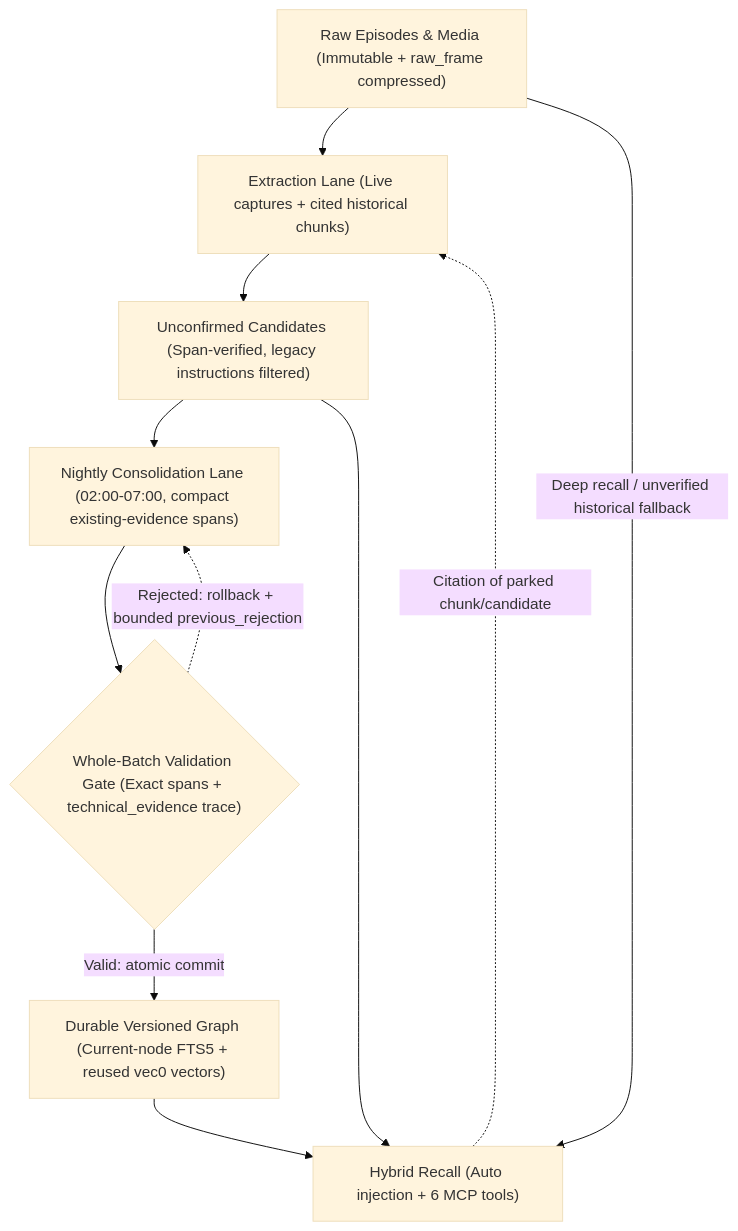
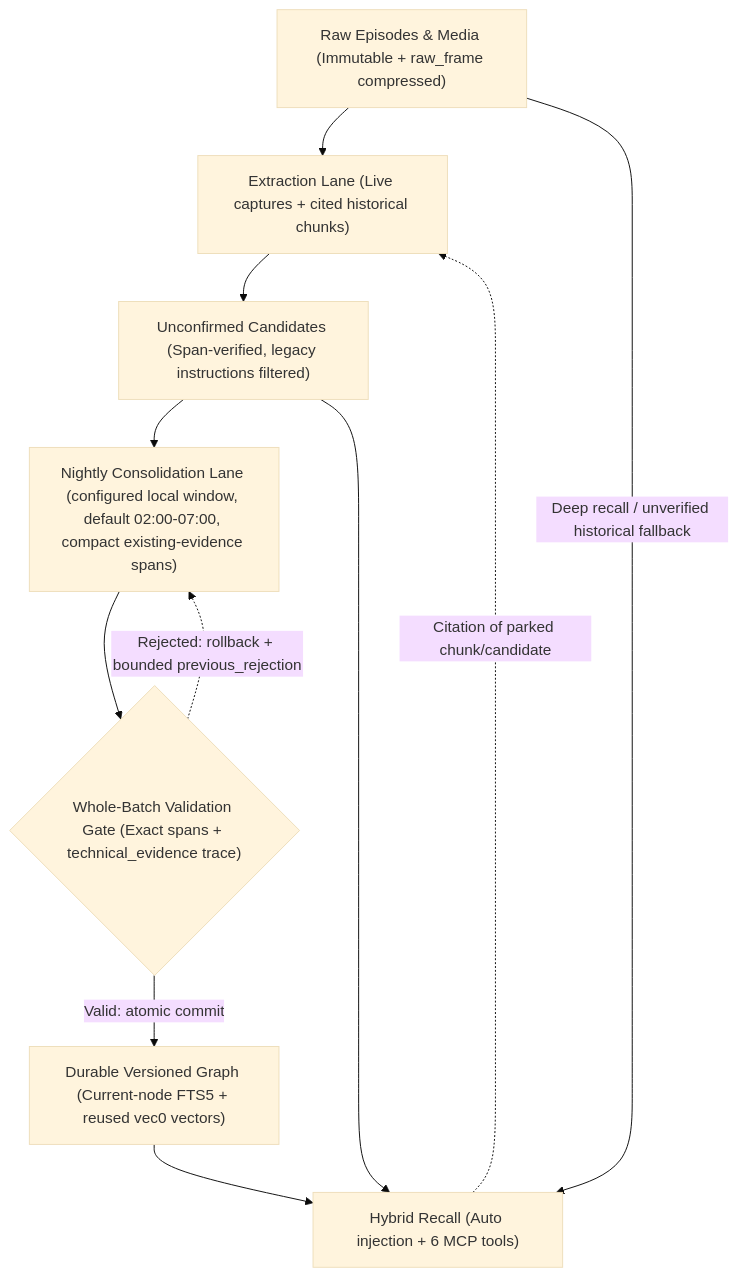
Before and after one commit to misunders2d/memento: the second of 2 diagrams in README.md, drawn with Mermaid (base theme). The commit also changed other lines of this file and 8 other files, not shown here.

````diff
--- a/README.md
+++ b/README.md
@@ -56,15 +56,15 @@
 ```mermaid
 flowchart TB
     accTitle: From original conversation to verified memory and recall
     accDescr: Raw episodes are losslessly compressed and chunked. New captures flow through the independent two-lane processor, while an optional one-time historical cutover parks older backlog as searchable unverified history that promotes on demand when cited.
     H["Raw Episodes & Media (Immutable + raw_frame compressed)"] --> E["Extraction Lane (Live captures + cited historical chunks)"]
     E --> C["Unconfirmed Candidates (Span-verified, legacy instructions filtered)"]
-    C --> N["Nightly Consolidation Lane (02:00-07:00, compact existing-evidence spans)"]
+    C --> N["Nightly Consolidation Lane (configured local window, default 02:00-07:00, compact existing-evidence spans)"]
     N --> V{"Whole-Batch Validation Gate (Exact spans + technical_evidence trace)"}
     V -->|"Valid: atomic commit"| M["Durable Versioned Graph (Current-node FTS5 + reused vec0 vectors)"]
     V -.->|"Rejected: rollback + bounded previous_rejection"| N
     C --> R["Hybrid Recall (Auto injection + 6 MCP tools)"]
     M --> R
     H -->|"Deep recall / unverified historical fallback"| R
     R -.->|"Citation of parked chunk/candidate"| E
 ```
````
